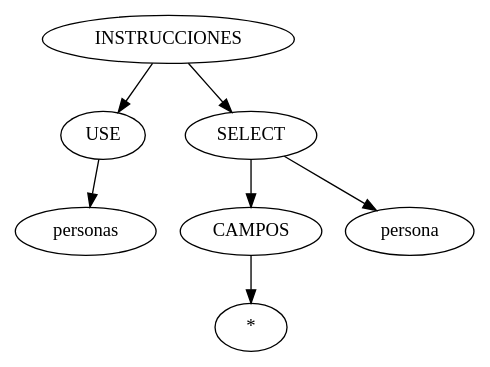
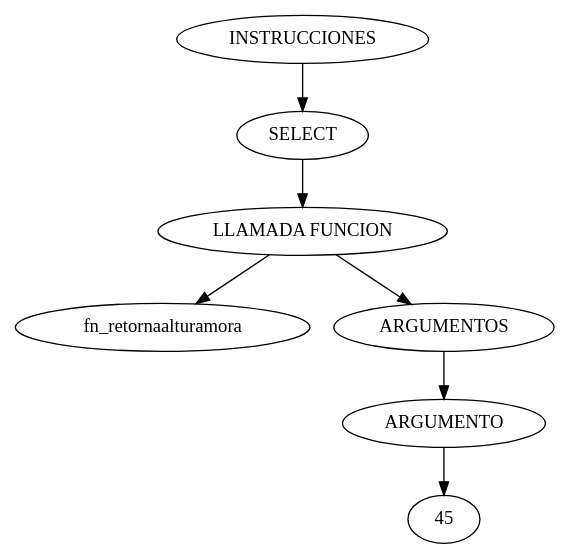
One commit to joshi-debb/xsql_ide_ply changed the diagram in backend/AST.dot. Above: the diagram before and after it, drawn with Graphviz. The commit also changed 15 other files, not shown here.

```diff
--- a/backend/AST.dot
+++ b/backend/AST.dot
@@ -1,15 +1,15 @@
 digraph {
 	0 [label = "INSTRUCCIONES"];
-	3110 [label = "USE"];
-	3111 [label = "personas"];
-	3112 [label = "SELECT"];
-	3113 [label = "CAMPOS"];
-	3114 [label = "*"];
-	3115 [label = "persona"];
-	0 -> 3110;
-	3110 -> 3111;
-	0 -> 3112;
-	3112 -> 3113;
-	3113 -> 3114;
-	3112 -> 3115;
+	158 [label = "SELECT"];
+	159 [label = "LLAMADA FUNCION"];
+	160 [label = "fn_retornaalturamora"];
+	161 [label = "ARGUMENTOS"];
+	162 [label = "ARGUMENTO"];
+	163 [label = "45"];
+	0 -> 158;
+	158 -> 159;
+	159 -> 160;
+	159 -> 161;
+	161 -> 162;
+	162 -> 163;
 }
```
